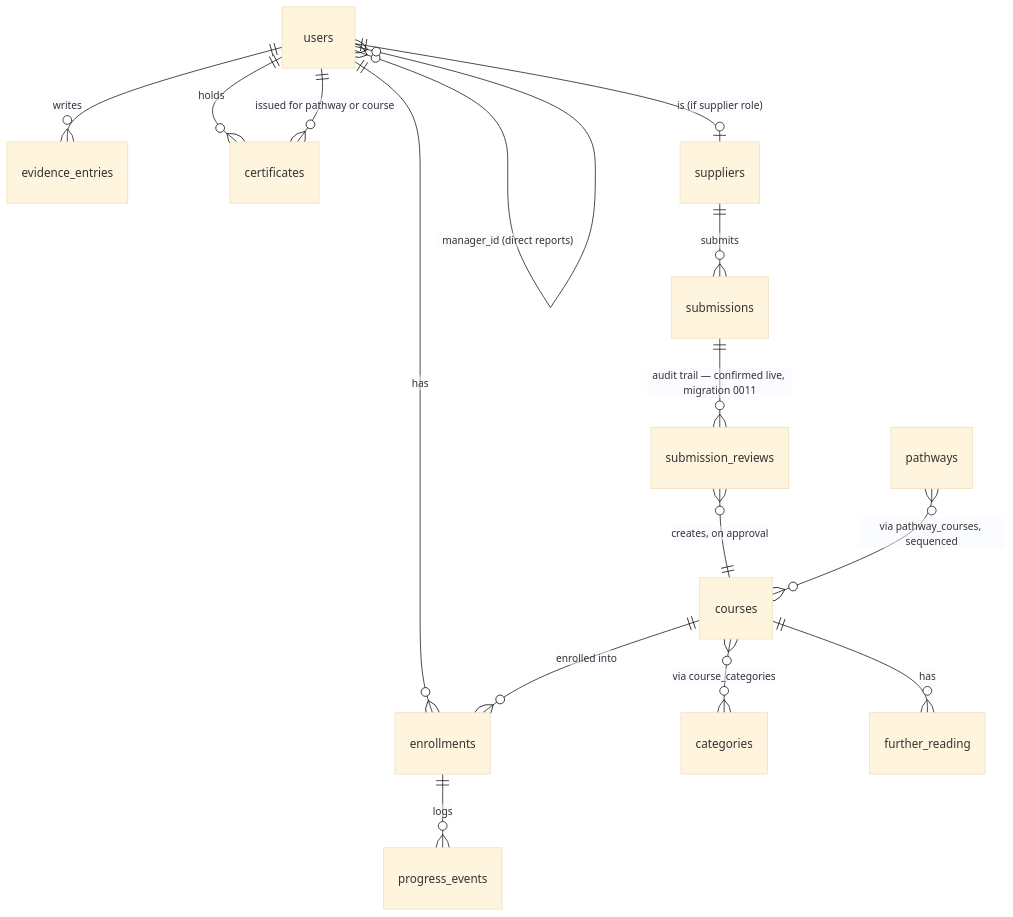
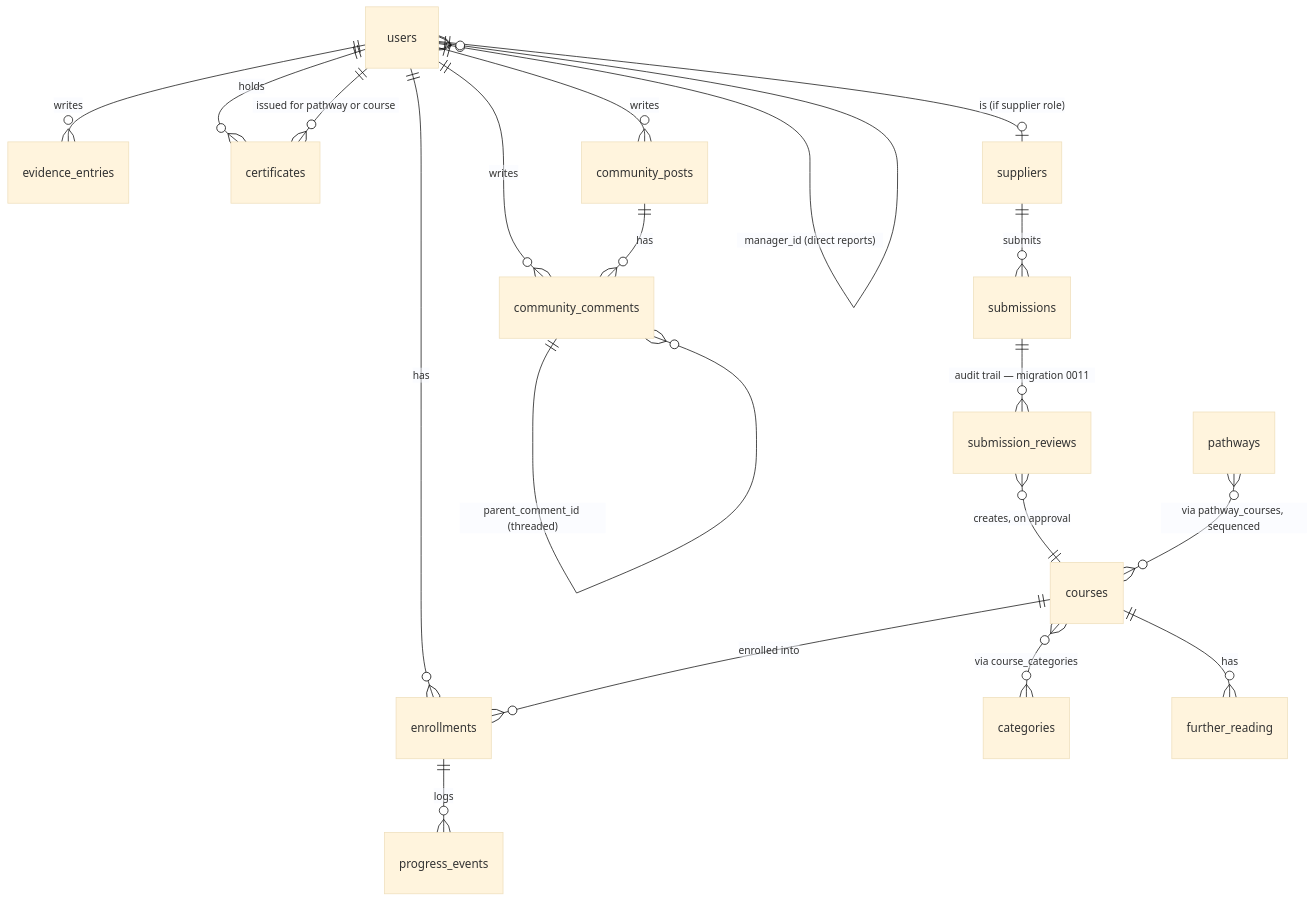
Before and after one commit to uPull-ai/web: the second of 2 diagrams in academy_architecture_design.md, drawn with Mermaid (base theme). The commit also changed other lines of this file, not shown here.

````diff
--- a/academy_architecture_design.md
+++ b/academy_architecture_design.md
@@ -95,20 +101,25 @@
 ```mermaid
 erDiagram
     users ||--o{ enrollments : has
     users ||--o{ evidence_entries : writes
     users ||--o{ certificates : holds
     users ||--o| suppliers : "is (if supplier role)"
     users }o--o{ users : "manager_id (direct reports)"
+    users ||--o{ community_posts : writes
+    users ||--o{ community_comments : writes
 
     suppliers ||--o{ submissions : submits
-    submissions ||--o{ submission_reviews : "audit trail — confirmed live, migration 0011"
+    submissions ||--o{ submission_reviews : "audit trail — migration 0011"
     submission_reviews }o--|| courses : "creates, on approval"
 
     courses }o--o{ categories : "via course_categories"
     courses ||--o{ further_reading : has
     courses ||--o{ enrollments : "enrolled into"
     pathways }o--o{ courses : "via pathway_courses, sequenced"
 
+    community_posts ||--o{ community_comments : has
+    community_comments ||--o{ community_comments : "parent_comment_id (threaded)"
+
     enrollments ||--o{ progress_events : logs
     users ||--o{ certificates : "issued for pathway or course"
 ```
````
